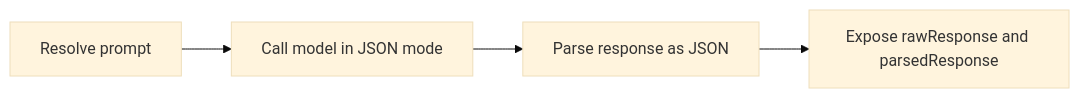
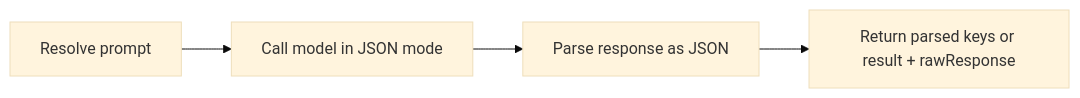
One commit to alicank/Spectra changed the diagram in docs/spectra-docs/docs/llm/prompt-steps.md. Above: the diagram before and after it, drawn with Mermaid (base theme). The commit also changed other lines of this file and 62 other files, not shown here.

````diff
--- a/docs/spectra-docs/docs/llm/prompt-steps.md
+++ b/docs/spectra-docs/docs/llm/prompt-steps.md
@@ -174,6 +172,6 @@
 ```mermaid
 flowchart LR
     A[Resolve prompt] --> B[Call model in JSON mode]
     B --> C[Parse response as JSON]
-    C --> D[Expose rawResponse and parsedResponse]
+    C --> D[Return parsed keys or result + rawResponse]
 ```
````
